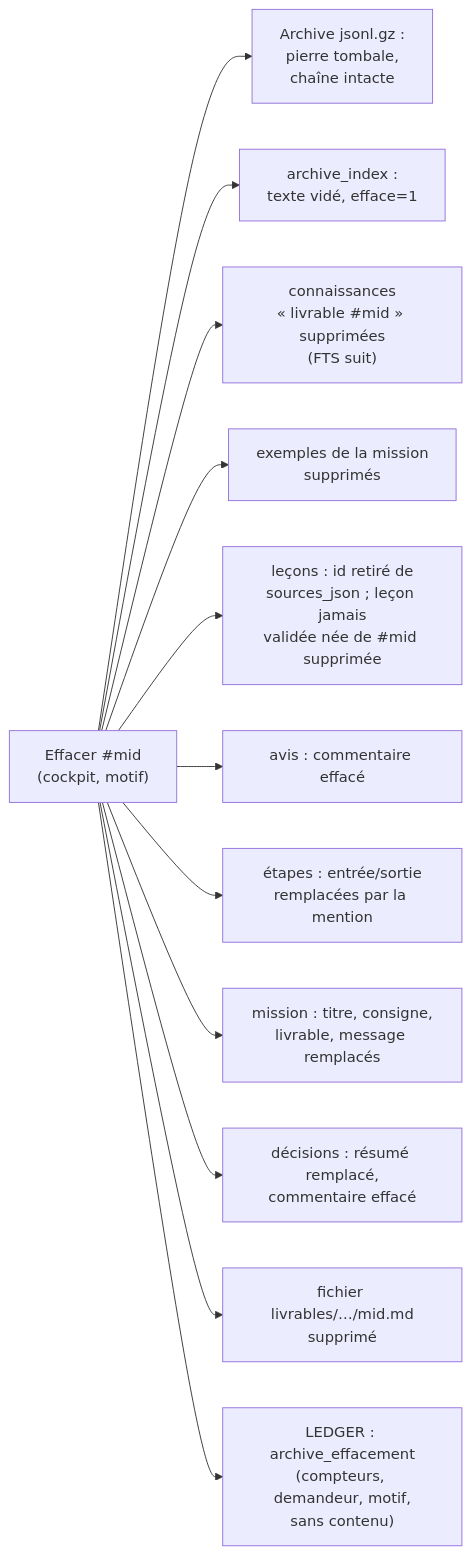
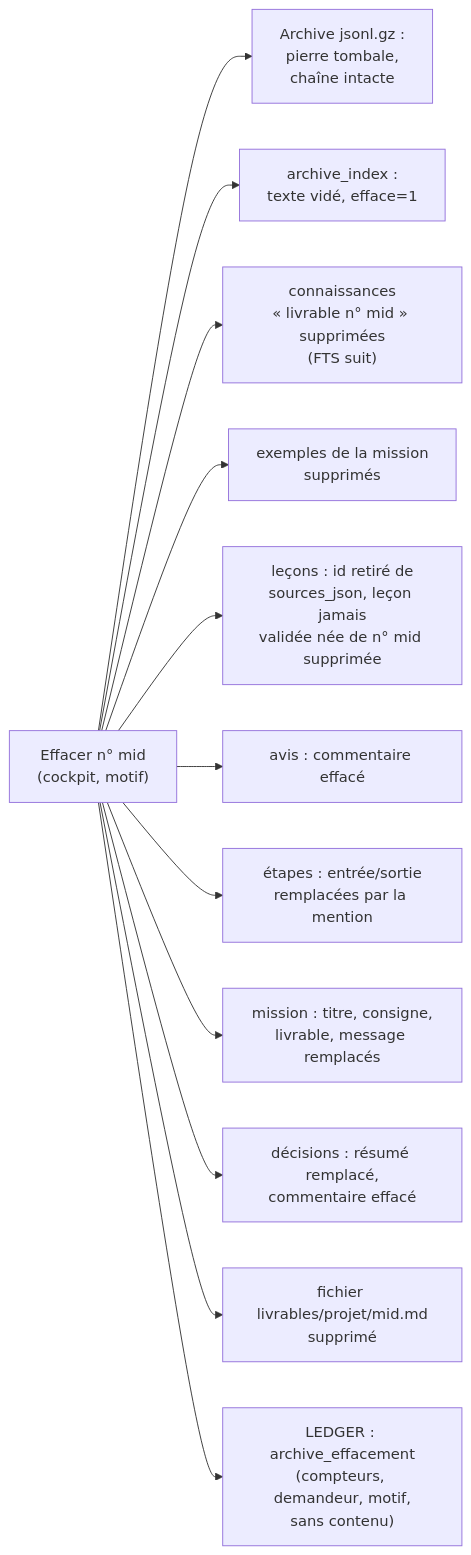
Before and after one commit to redkards/EspaceTravail-public: the second of 2 diagrams in docs/technique/03-donnees.md, drawn with Mermaid. The commit also changed other lines of this file and 37 other files, not shown here.

````diff
--- a/docs/technique/03-donnees.md
+++ b/docs/technique/03-donnees.md
@@ -269,14 +269,14 @@
 ```mermaid
 flowchart LR
-    E["Effacer #mid<br/>(cockpit, motif)"] --> A["Archive jsonl.gz :<br/>pierre tombale,<br/>chaîne intacte"]
+    E["Effacer n° mid<br/>(cockpit, motif)"] --> A["Archive jsonl.gz :<br/>pierre tombale,<br/>chaîne intacte"]
     E --> I["archive_index :<br/>texte vidé, efface=1"]
-    E --> M["connaissances<br/>« livrable #mid » supprimées<br/>(FTS suit)"]
+    E --> M["connaissances<br/>« livrable n° mid » supprimées<br/>(FTS suit)"]
     E --> X["exemples de la mission<br/>supprimés"]
-    E --> L["leçons : id retiré de<br/>sources_json ; leçon jamais<br/>validée née de #mid supprimée"]
+    E --> L["leçons : id retiré de<br/>sources_json, leçon jamais<br/>validée née de n° mid supprimée"]
     E --> V["avis : commentaire effacé"]
     E --> S["étapes : entrée/sortie<br/>remplacées par la mention"]
     E --> MI["mission : titre, consigne,<br/>livrable, message remplacés"]
     E --> D["décisions : résumé remplacé,<br/>commentaire effacé"]
-    E --> F["fichier livrables/…/mid.md<br/>supprimé"]
+    E --> F["fichier livrables/projet/mid.md<br/>supprimé"]
     E --> LG["LEDGER : archive_effacement<br/>(compteurs, demandeur, motif,<br/>sans contenu)"]
 ```
````
